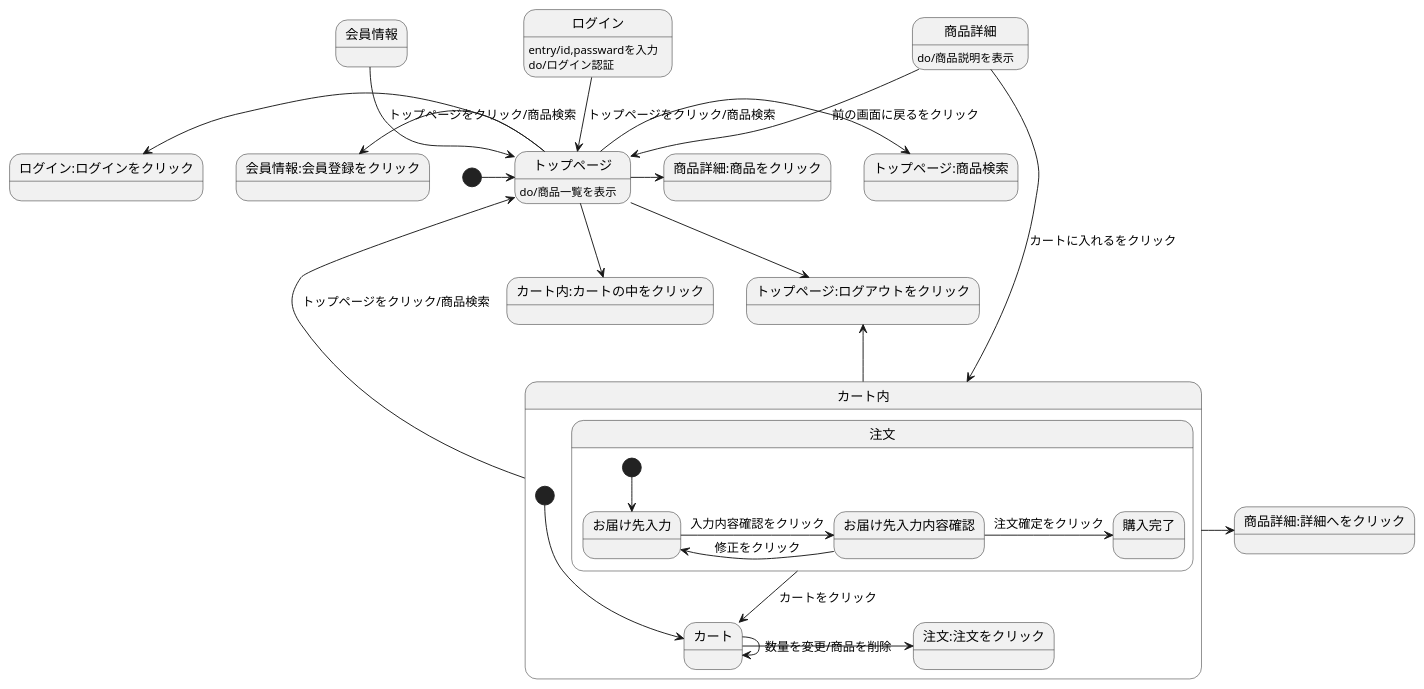
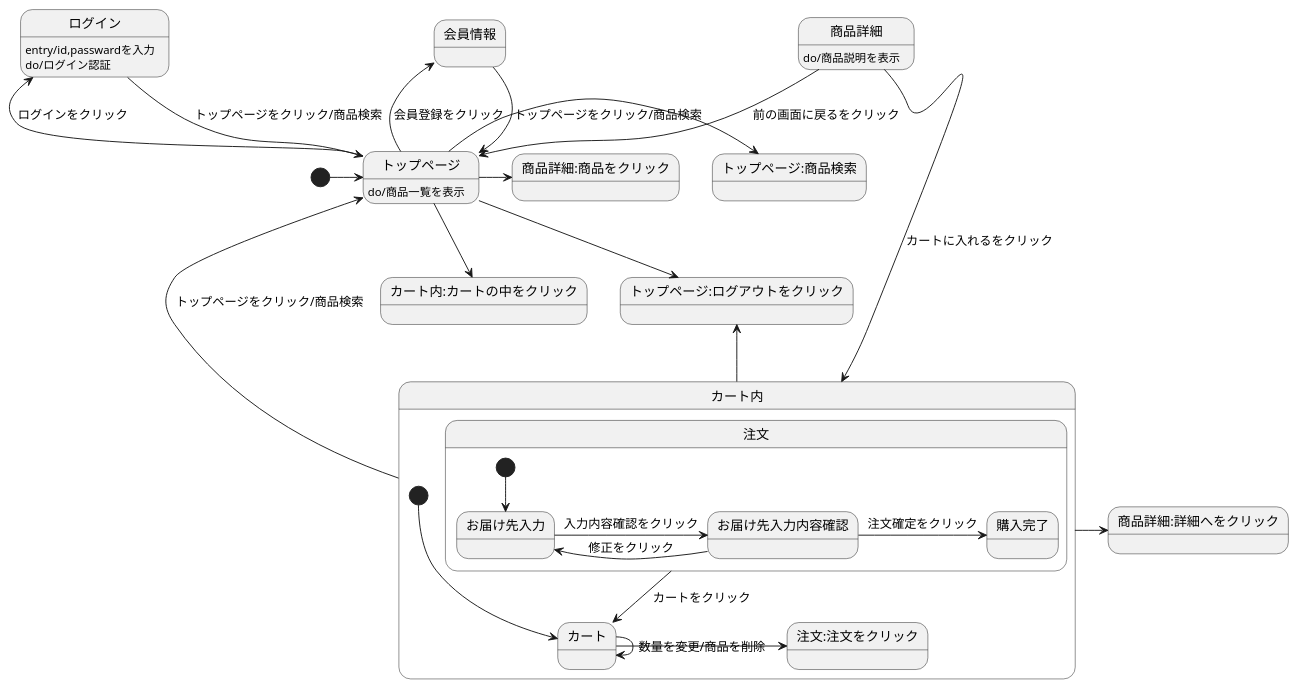
Before and after one commit to Aso2001376/2021sys-design: the diagram in toppage.md, drawn with PlantUML.

````diff
--- a/toppage.md
+++ b/toppage.md
@@ -1,35 +1,35 @@
 ```uml
 @startuml
 [*] -> トップページ
 会員情報 --> トップページ:トップページをクリック/商品検索
 ログイン --> トップページ:トップページをクリック/商品検索
 ログイン:entry/id,passwardを入力
 ログイン:do/ログイン認証
 トップページ --> トップページ:ログアウトをクリック
 トップページ -> トップページ:商品検索
 トップページ -> 商品詳細:商品をクリック
-トップページ -left-> 会員情報:会員登録をクリック
-トップページ -left-> ログイン:ログインをクリック
+トップページ -left-> 会員情報 : 会員登録をクリック
+トップページ -left-> ログイン : ログインをクリック
 トップページ --> カート内:カートの中をクリック
 トップページ : do/商品一覧を表示
 商品詳細 --> カート内 :カートに入れるをクリック
 商品詳細 --> トップページ : 前の画面に戻るをクリック
 商品詳細:do/商品説明を表示
 カート内-up->トップページ:トップページをクリック/商品検索
 カート内-up->トップページ:ログアウトをクリック
 カート内 -> 商品詳細:詳細へをクリック
 
 state カート内{
 [*]--> カート
 カート-> 注文:注文をクリック
 カート->カート: 数量を変更/商品を削除
 注文 --> カート: カートをクリック
 state 注文{
 [*] --> お届け先入力
 お届け先入力 -> お届け先入力内容確認: 入力内容確認をクリック
 お届け先入力内容確認 -> お届け先入力: 修正をクリック
 お届け先入力内容確認 -> 購入完了: 注文確定をクリック
   }
  }
 @enduml
 ```
````
